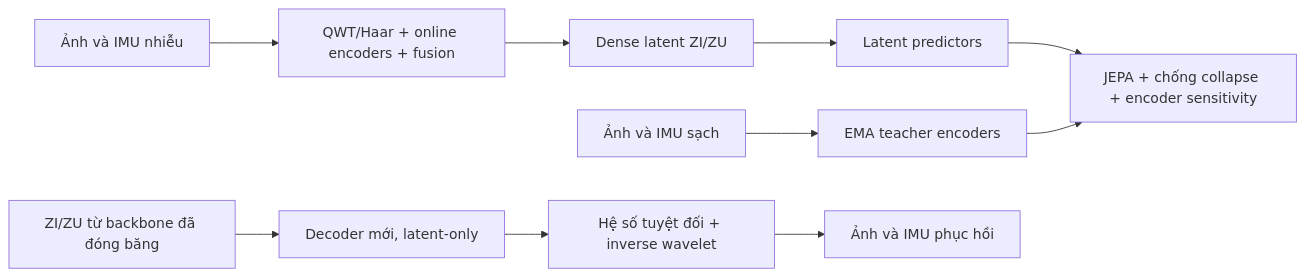
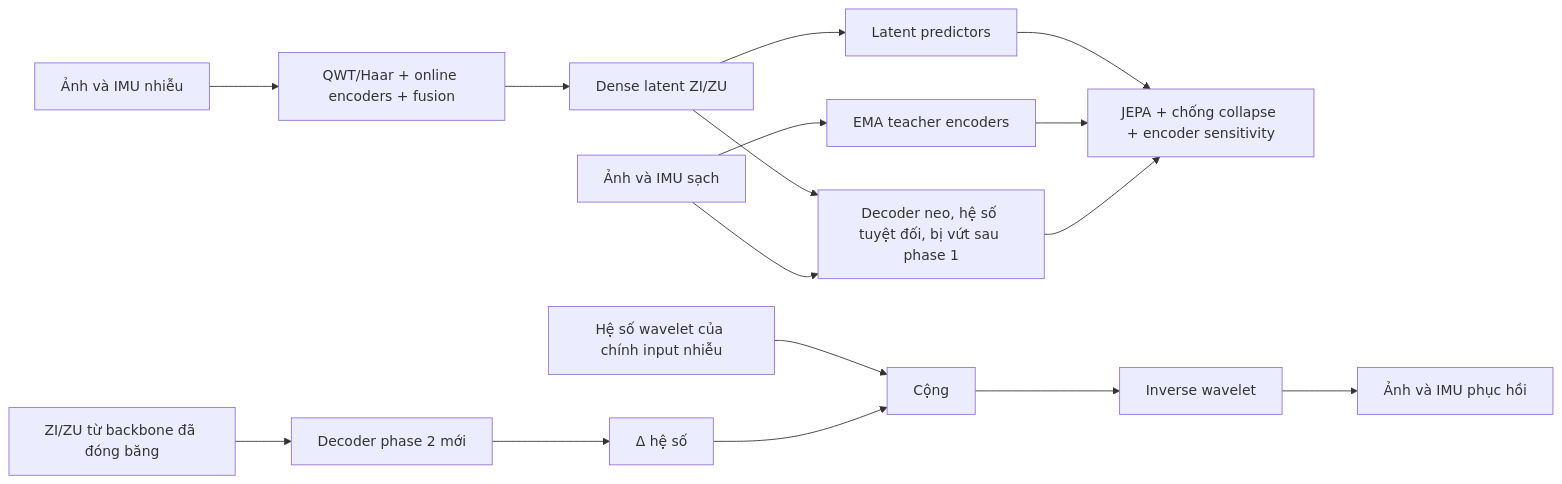
One commit to leesanghyoek/qwt_jepa_ver3 changed the diagram in README.md. Above: the diagram before and after it, drawn with Mermaid. The commit also changed other lines of this file, not shown here.

````diff
--- a/README.md
+++ b/README.md
@@ -23,12 +23,18 @@
 ```mermaid
 flowchart LR
     N[Ảnh và IMU nhiễu] --> B[QWT/Haar + online encoders + fusion]
     B --> Z[Dense latent ZI/ZU]
     C[Ảnh và IMU sạch] --> T[EMA teacher encoders]
     Z --> P[Latent predictors]
     P --> L[JEPA + chống collapse + encoder sensitivity]
     T --> L
-    Z2[ZI/ZU từ backbone đã đóng băng] --> D[Decoder mới, latent-only]
-    D --> W[Hệ số tuyệt đối + inverse wavelet]
+    Z --> A[Decoder neo, hệ số tuyệt đối, bị vứt sau phase 1]
+    C --> A
+    A --> L
+    Z2[ZI/ZU từ backbone đã đóng băng] --> D[Decoder phase 2 mới]
+    D --> DZ[Δ hệ số]
+    IN[Hệ số wavelet của chính input nhiễu] --> SUM[Cộng]
+    DZ --> SUM
+    SUM --> W[Inverse wavelet]
     W --> R[Ảnh và IMU phục hồi]
 ```
````
